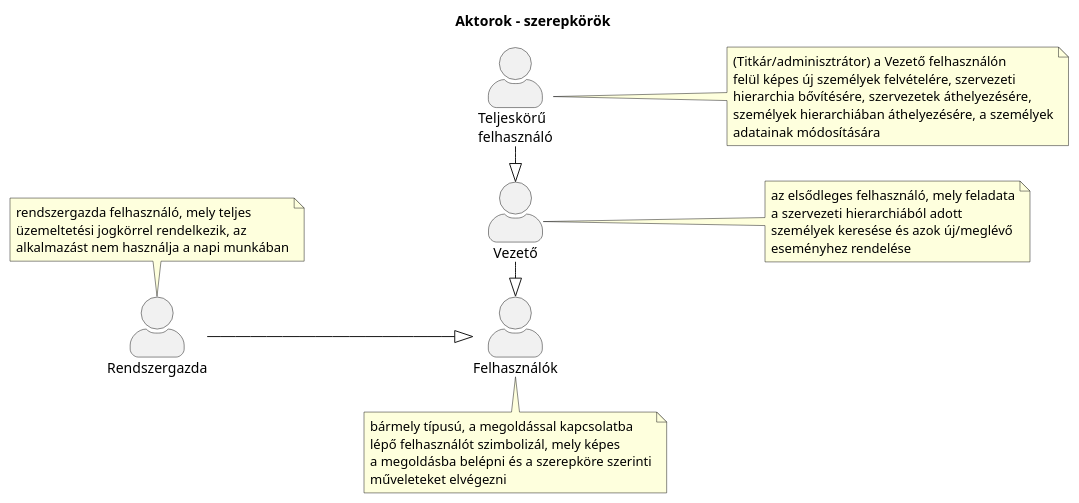
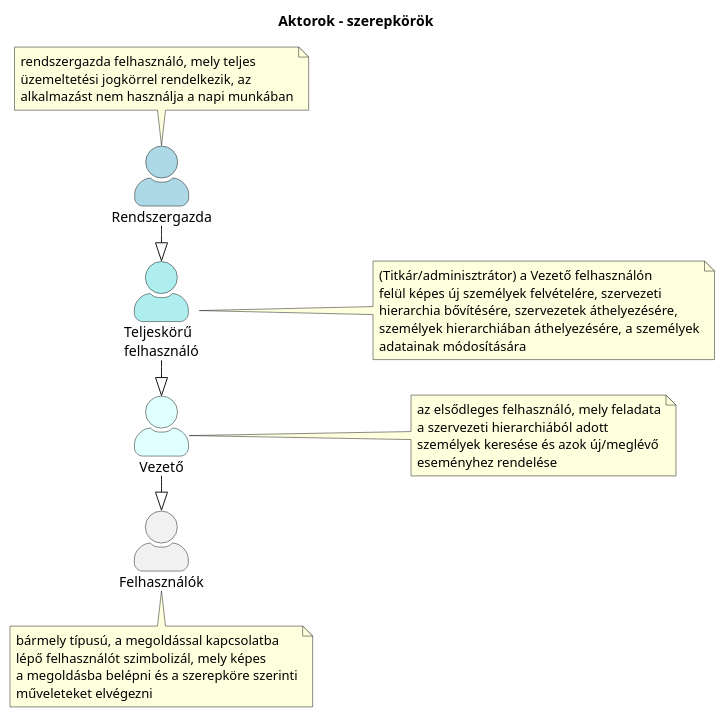
The diagram in Aktorok.puml (Vibenk/LilaElefant), drawn with PlantUML before and after one commit. The commit also changed 3 other files, not shown here.

```diff
--- a/Aktorok.puml
+++ b/Aktorok.puml
@@ -1,43 +1,43 @@
 @startuml
 
 title Aktorok - szerepkörök
 
 skinparam actorStyle awesome
 left to right direction
 
-"Teljeskörű \nfelhasználó" as SuperUser
-"Vezető" as User
+"Teljeskörű \nfelhasználó" as SuperUser #PaleTurquoise
+"Vezető" as User #LightCyan
 "Felhasználók" as Users
-"Rendszergazda" as Admin
+"Rendszergazda" as Admin #LightBlue
 
-    Admin --|> Users
+    Admin -|> SuperUser
     note top of Admin
         rendszergazda felhasználó, mely teljes
         üzemeltetési jogkörrel rendelkezik, az
         alkalmazást nem használja a napi munkában
     end note
     User -|> Users
     note right of User
         az elsődleges felhasználó, mely feladata
         a szervezeti hierarchiából adott
         személyek keresése és azok új/meglévő
         eseményhez rendelése
     end note
     SuperUser -|> User
     note right of SuperUser
         (Titkár/adminisztrátor) a Vezető felhasználón
         felül képes új személyek felvételére, szervezeti
         hierarchia bővítésére, szervezetek áthelyezésére, 
         személyek hierarchiában áthelyezésére, a személyek
         adatainak módosítására
     end note
     note bottom of Users
         bármely típusú, a megoldással kapcsolatba
         lépő felhasználót szimbolizál, mely képes
         a megoldásba belépni és a szerepköre szerinti
         műveleteket elvégezni
     end note
 
 
 
 @enduml
```
